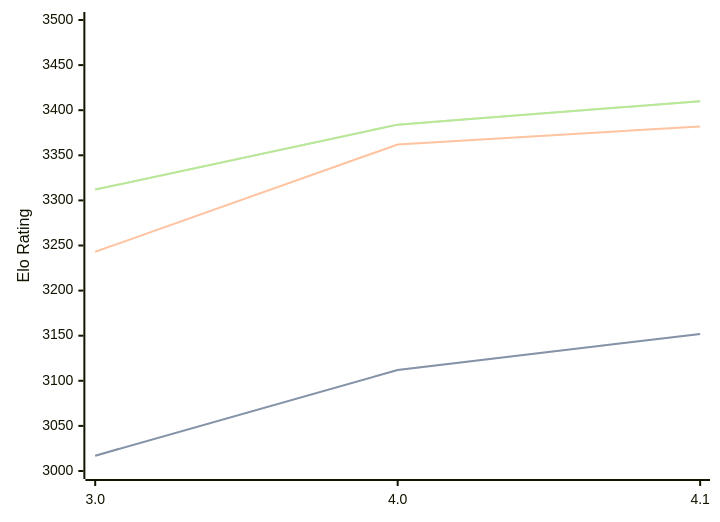
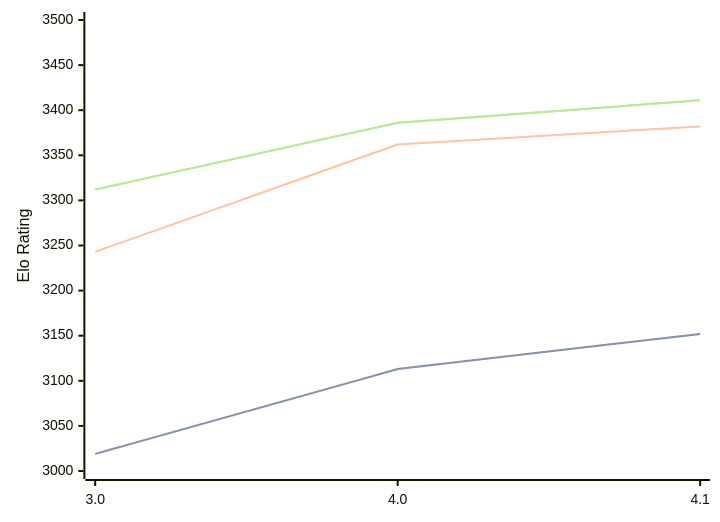
Before and after one commit to computer-chess-index/cci: the diagram in engines/Eleanor.md, drawn with Mermaid. The commit also changed other lines of this file, not shown here.

Commit message:
Update CCI Ratings (ELO VLTC) - 2026-07-25

````diff
--- a/engines/Eleanor.md
+++ b/engines/Eleanor.md
@@ -35,11 +35,11 @@
 ```mermaid
 %%{init: {"theme":"base","themeVariables":{"seriesColors:['#a3a3a3','#222221','#faa371']}}}%%
 xychart-beta
   x-axis ["3.0", "4.0", "4.1"]
   y-axis "Elo Rating" 3000 --> 3500
-  line "STC (8.0+0.08s)" [3017, 3112, 3152]
-  line "STC (8.0+0.08s)" [3017, 3112, 3152]
+  line "STC (8.0+0.08s)" [3019, 3113, 3152]
+  line "STC (8.0+0.08s)" [3019, 3113, 3152]
   line "LTC (60.0+0.60s)" [3243, 3362, 3382]
-  line "VLTC (2m24s+1.12s)" [3312, 3384, 3410]
-  line "VLTC (2m24s+1.12s)" [3312, 3384, 3410]
+  line "VLTC (2m24s+1.12s)" [3312, 3386, 3411]
+  line "VLTC (2m24s+1.12s)" [3312, 3386, 3411]
 ```
````
